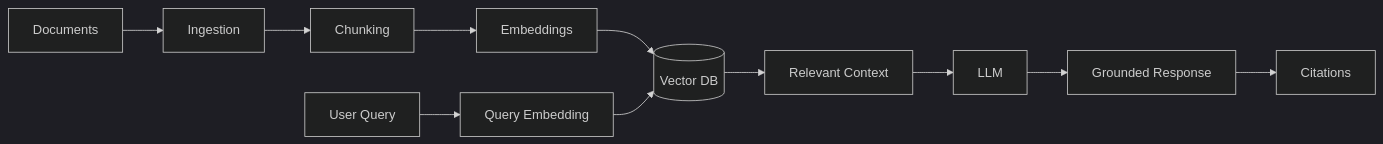
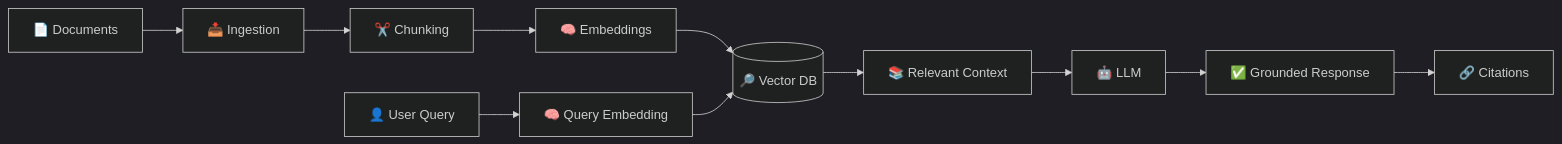
One commit to PANKAJ955956/PANKAJ955956 changed the first of 3 diagrams in README.md. Above: the diagram before and after it, drawn with Mermaid (dark theme). The commit also changed other lines of this file, not shown here.

````diff
--- a/README.md
+++ b/README.md
@@ -185,13 +273,13 @@
 ```mermaid
 flowchart LR
-    A[Documents] --> B[Ingestion]
-    B --> C[Chunking]
-    C --> D[Embeddings]
-    D --> E[(Vector DB)]
-    F[User Query] --> G[Query Embedding]
+    A[📄 Documents] --> B[📥 Ingestion]
+    B --> C[✂️ Chunking]
+    C --> D[🧠 Embeddings]
+    D --> E[(🔎 Vector DB)]
+    F[👤 User Query] --> G[🧠 Query Embedding]
     G --> E
-    E --> H[Relevant Context]
-    H --> I[LLM]
-    I --> J[Grounded Response]
-    J --> K[Citations]
+    E --> H[📚 Relevant Context]
+    H --> I[🤖 LLM]
+    I --> J[✅ Grounded Response]
+    J --> K[🔗 Citations]
 ```
````
